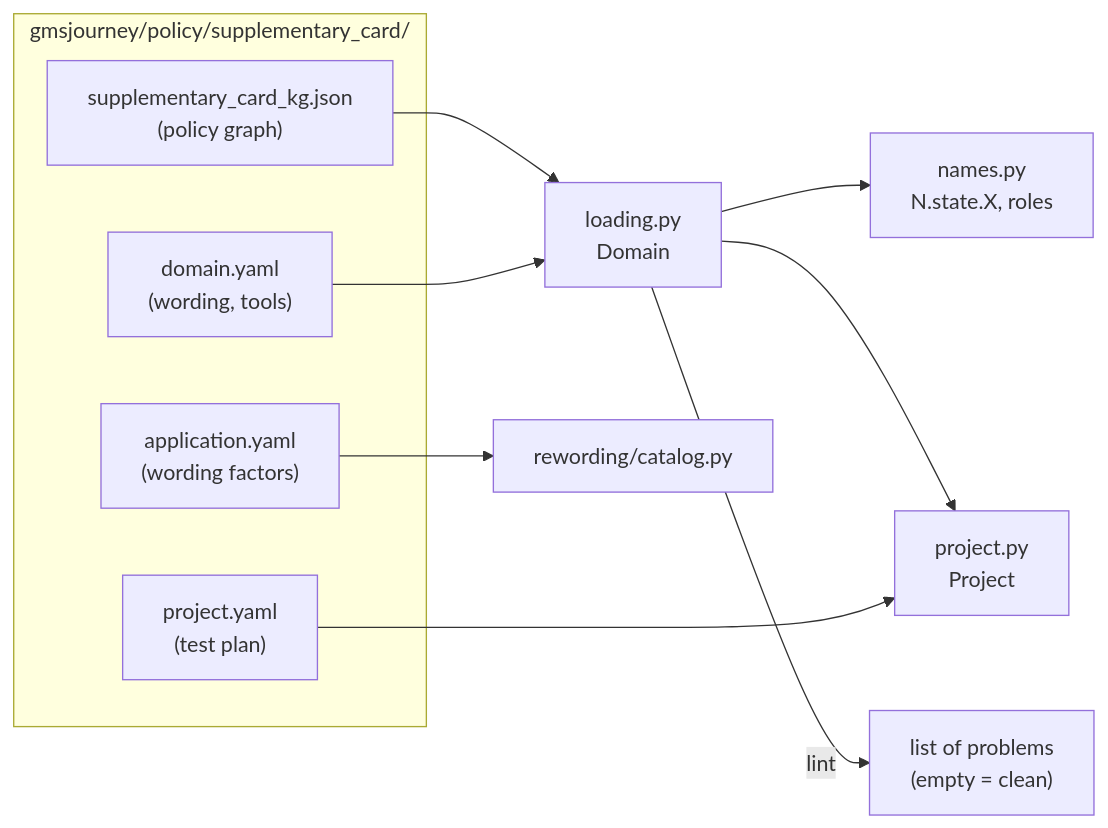
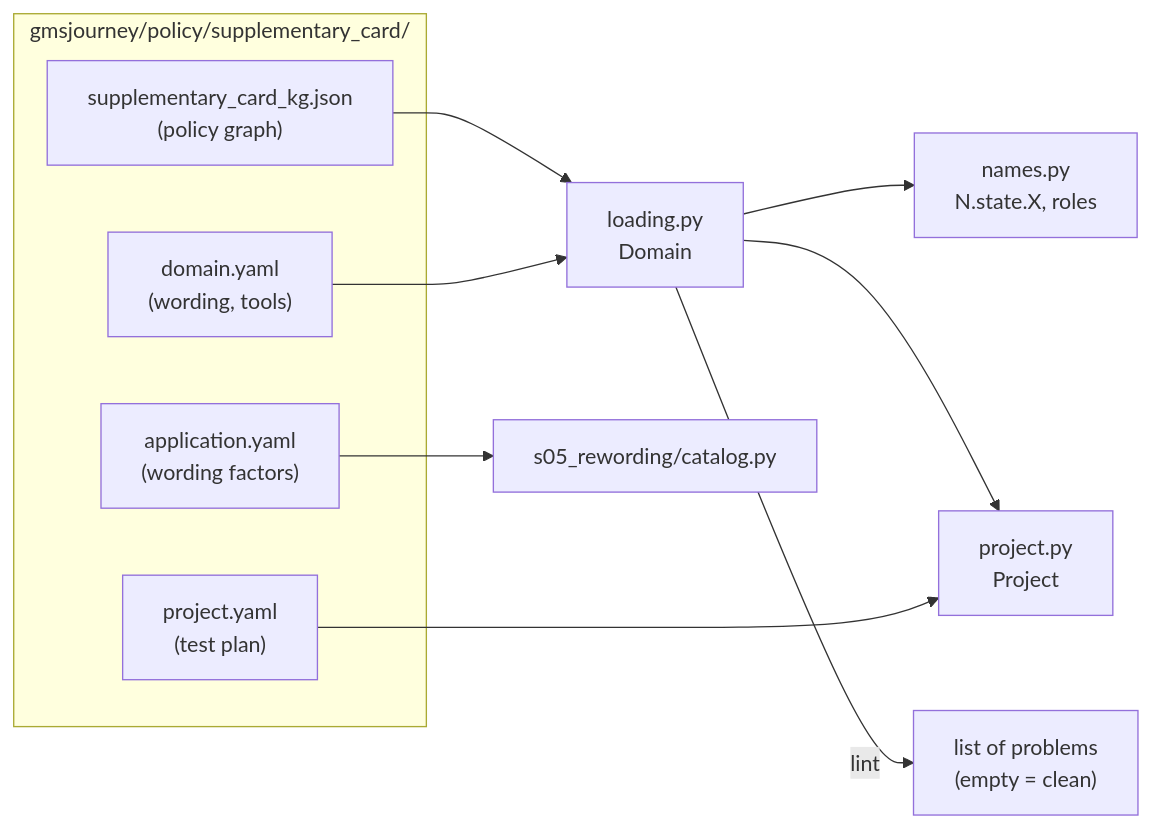
One commit to agnibrainhack/voicebot changed the diagram in docs/guide/01-packs.md. Above: the diagram before and after it, drawn with Mermaid. The commit also changed other lines of this file and 180 other files, not shown here.

````diff
--- a/docs/guide/01-packs.md
+++ b/docs/guide/01-packs.md
@@ -35,16 +35,16 @@
 ```mermaid
 flowchart LR
     subgraph pack["gmsjourney/policy/supplementary_card/"]
         KG["supplementary_card_kg.json<br/>(policy graph)"]
         DY["domain.yaml<br/>(wording, tools)"]
         PY["project.yaml<br/>(test plan)"]
         AY["application.yaml<br/>(wording factors)"]
     end
     KG --> L["loading.py<br/>Domain"]
     DY --> L
     L --> N["names.py<br/>N.state.X, roles"]
     L --> P["project.py<br/>Project"]
     PY --> P
-    AY --> C["rewording/catalog.py"]
+    AY --> C["s05_rewording/catalog.py"]
     L -->|lint| E["list of problems<br/>(empty = clean)"]
 ```
````
